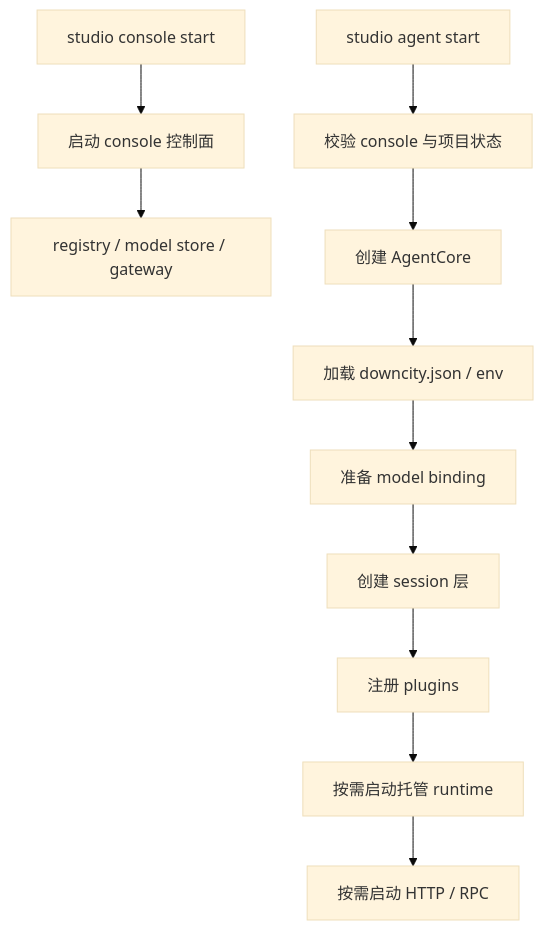
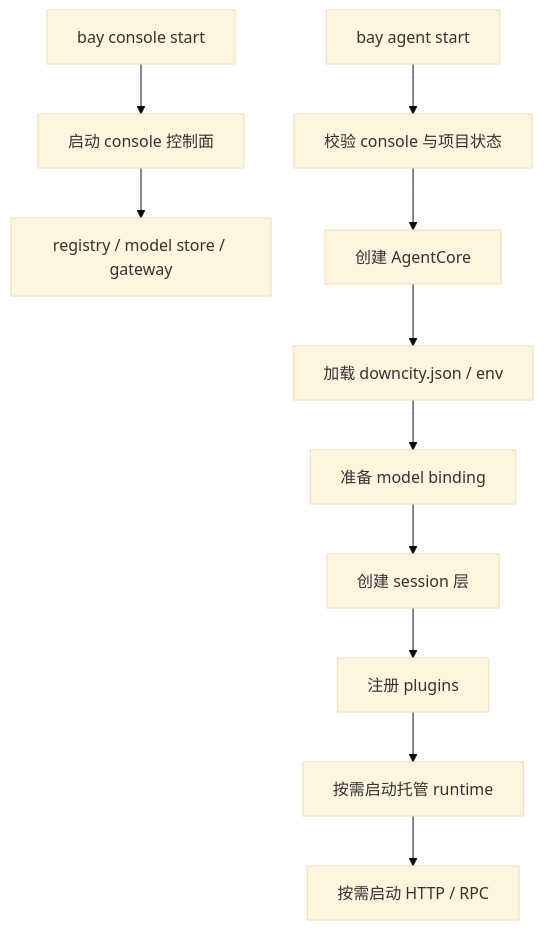
The second of 3 diagrams in homepage/content/devdocs/zh/architecture/system-logic.mdx (wangenius/downcity), drawn with Mermaid (base theme) before and after one commit. The commit also changed 299 other files, not shown here.

Commit message:
feat(city): rename studio domain to bay

````diff
--- a/homepage/content/devdocs/zh/architecture/system-logic.mdx
+++ b/homepage/content/devdocs/zh/architecture/system-logic.mdx
@@ -111,14 +111,14 @@
 ```mermaid
 flowchart TD
-  A["studio console start"] --> B["启动 console 控制面"]
+  A["bay console start"] --> B["启动 console 控制面"]
   B --> C["registry / model store / gateway"]
 
-  D["studio agent start"] --> E["校验 console 与项目状态"]
+  D["bay agent start"] --> E["校验 console 与项目状态"]
   E --> F["创建 AgentCore"]
   F --> G["加载 downcity.json / env"]
   G --> H["准备 model binding"]
   H --> I["创建 session 层"]
   I --> J["注册 plugins"]
   J --> K["按需启动托管 runtime"]
   K --> L["按需启动 HTTP / RPC"]
 ```
````
